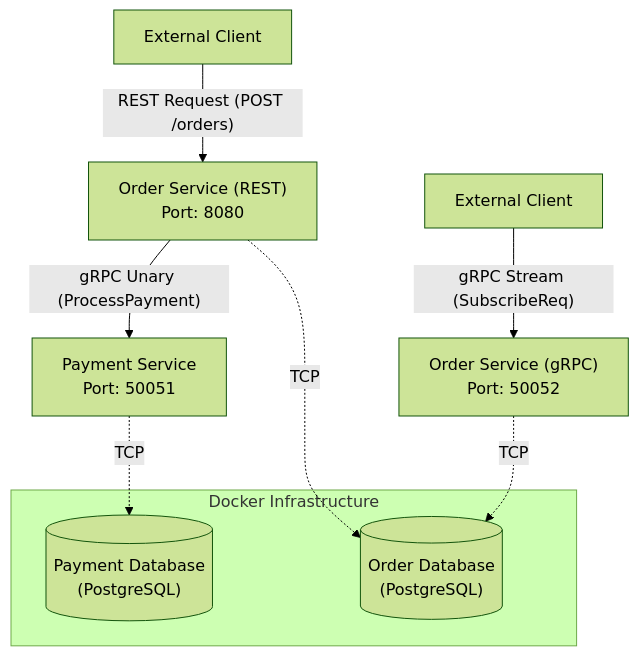
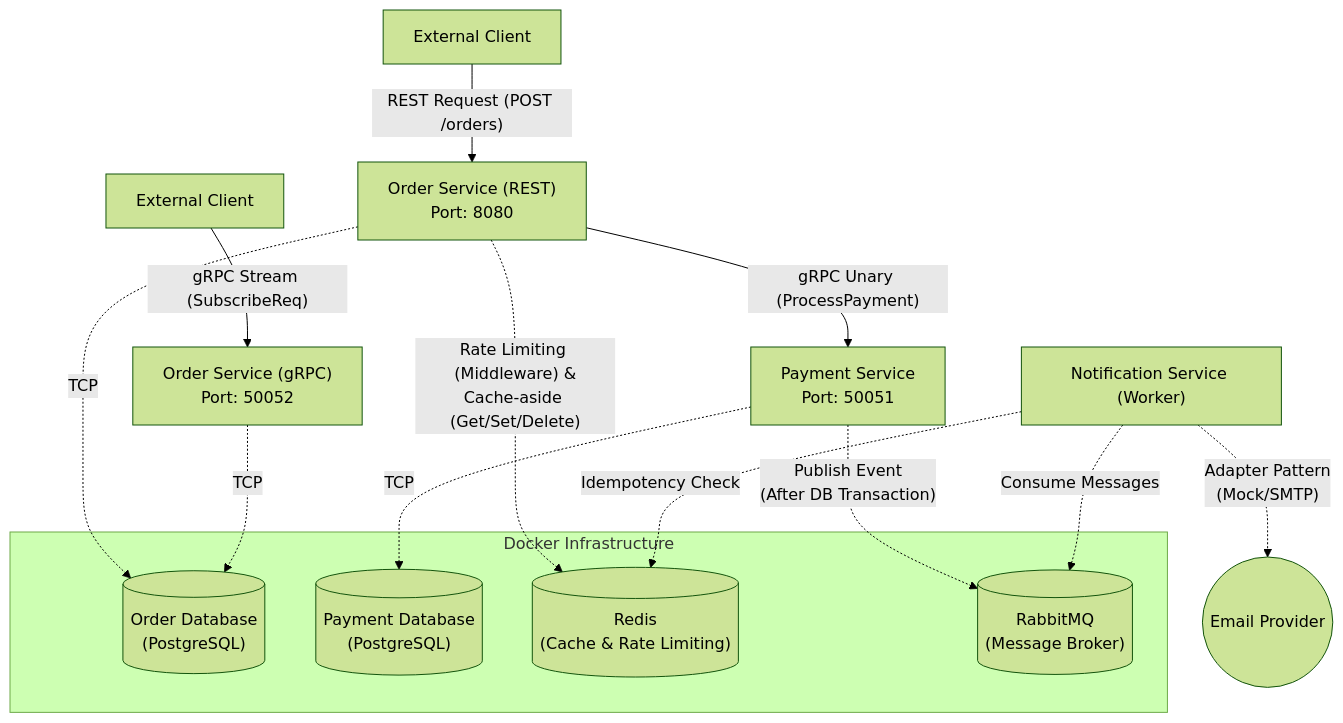
One commit to AldiyarMaget/Order-Payment changed the diagram in README.md. Above: the diagram before and after it, drawn with Mermaid (forest theme). The commit also changed other lines of this file, not shown here.

````diff
--- a/README.md
+++ b/README.md
@@ -25,16 +25,28 @@
 ```mermaid 
 graph TD
     Client1[External Client] -->|"REST Request (POST /orders)"| OrderREST["Order Service (REST)<br/>Port: 8080"]
     Client2[External Client] -->|"gRPC Stream (SubscribeReq)"| OrderGRPC["Order Service (gRPC)<br/>Port: 50052"]
 
     OrderREST -->|"gRPC Unary (ProcessPayment)"| PaymentService["Payment Service<br/>Port: 50051"]
 
     subgraph Docker Infrastructure
         OrderDB[("Order Database<br/>(PostgreSQL)")]
         PaymentDB[("Payment Database<br/>(PostgreSQL)")]
+        Redis[("Redis<br/>(Cache & Rate Limiting)")]
+        RabbitMQ[("RabbitMQ<br/>(Message Broker)")]
     end
 
+    %% Order Service Interactions
+    OrderREST -.->|"Rate Limiting (Middleware) &<br/>Cache-aside (Get/Set/Delete)"| Redis
     OrderREST -.->|TCP| OrderDB
     OrderGRPC -.->|TCP| OrderDB
+
+    %% Payment Service Interactions
     PaymentService -.->|TCP| PaymentDB
+    PaymentService -.->|"Publish Event<br/>(After DB Transaction)"| RabbitMQ
+
+    %% Notification Service Interactions
+    NotificationWorker["Notification Service (Worker)"] -.->|"Consume Messages"| RabbitMQ
+    NotificationWorker -.->|"Idempotency Check"| Redis
+    NotificationWorker -.->|"Adapter Pattern<br/>(Mock/SMTP)"| EmailProvider(("Email Provider"))
 ```
````
